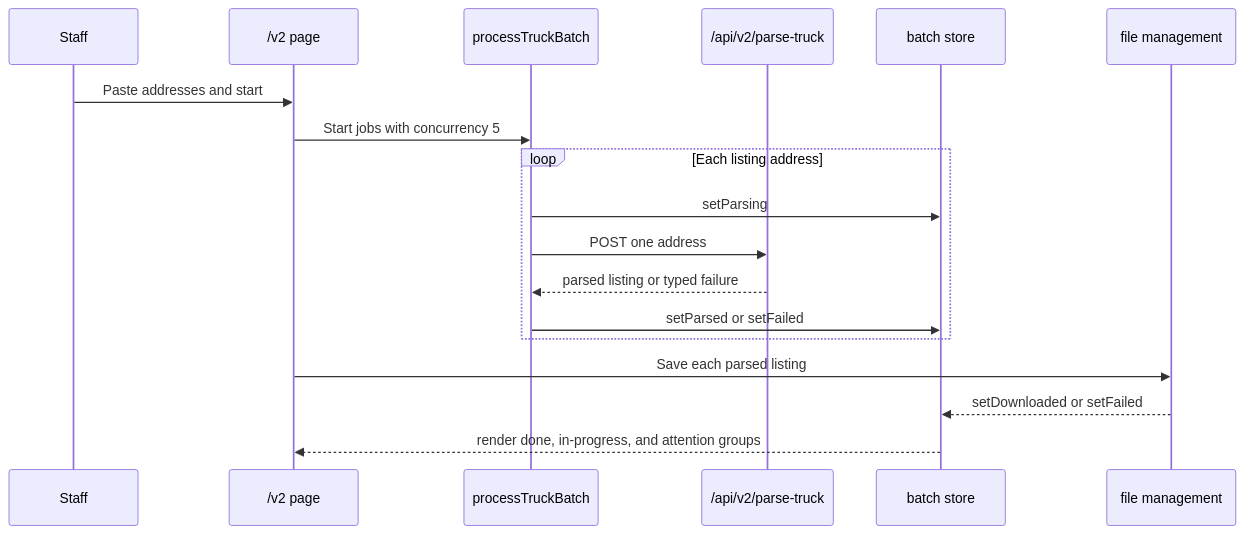
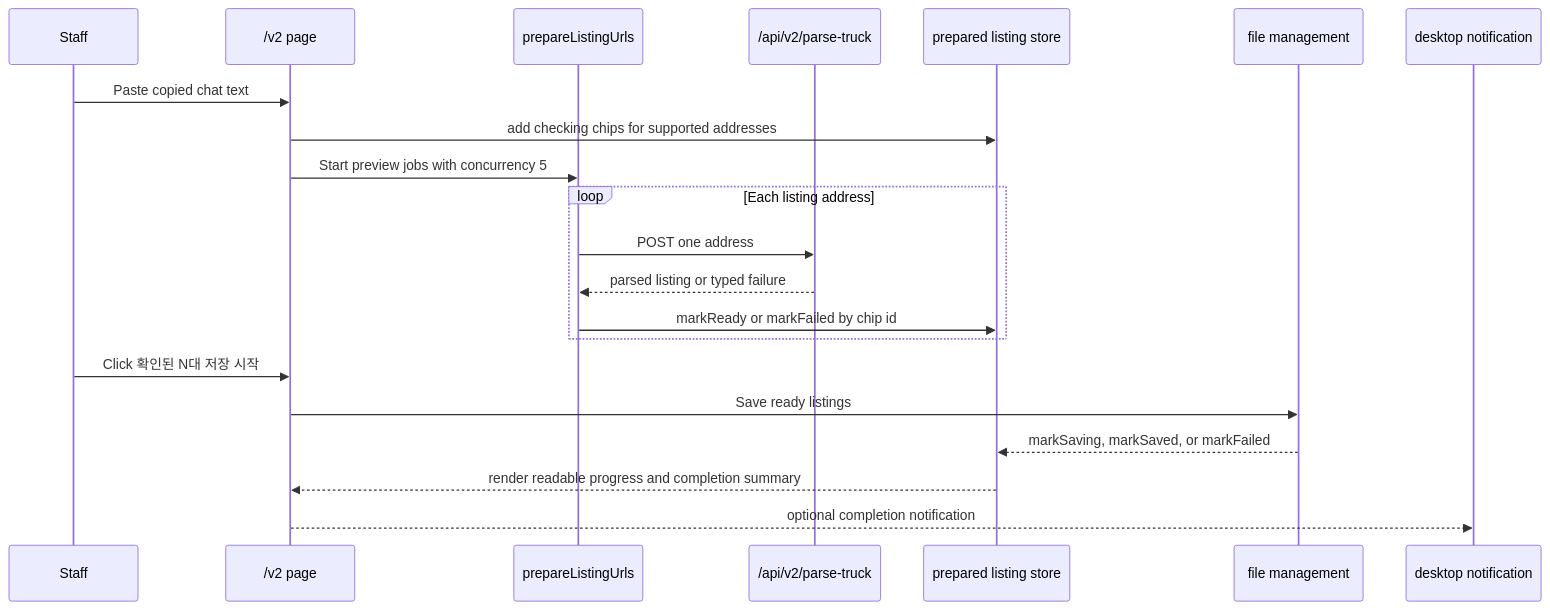
The second of 2 diagrams in docs/architecture.md (jaem1n207/truck-harvester), drawn with Mermaid before and after one commit. The commit also changed other lines of this file, not shown here.

````diff
--- a/docs/architecture.md
+++ b/docs/architecture.md
@@ -27,21 +32,24 @@
 ```mermaid
 sequenceDiagram
   participant User as Staff
   participant Page as /v2 page
-  participant Batch as processTruckBatch
+  participant Prep as prepareListingUrls
   participant API as /api/v2/parse-truck
-  participant Store as batch store
+  participant Store as prepared listing store
   participant Save as file management
+  participant Notify as desktop notification
 
-  User->>Page: Paste addresses and start
-  Page->>Batch: Start jobs with concurrency 5
+  User->>Page: Paste copied chat text
+  Page->>Store: add checking chips for supported addresses
+  Page->>Prep: Start preview jobs with concurrency 5
   loop Each listing address
-    Batch->>Store: setParsing
-    Batch->>API: POST one address
-    API-->>Batch: parsed listing or typed failure
-    Batch->>Store: setParsed or setFailed
+    Prep->>API: POST one address
+    API-->>Prep: parsed listing or typed failure
+    Prep->>Store: markReady or markFailed by chip id
   end
-  Page->>Save: Save each parsed listing
-  Save-->>Store: setDownloaded or setFailed
-  Store-->>Page: render done, in-progress, and attention groups
+  User->>Page: Click 확인된 N대 저장 시작
+  Page->>Save: Save ready listings
+  Save-->>Store: markSaving, markSaved, or markFailed
+  Store-->>Page: render readable progress and completion summary
+  Page-->>Notify: optional completion notification
 ```
````
